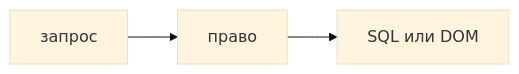
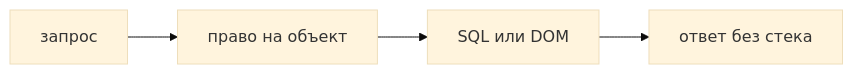
The diagram in nine-to-eighteen/ui/src/data/learn/security/sec07-secure-review.md (AlexanderNY/cursor_test), drawn with Mermaid (base theme) before and after one commit. The commit also changed other lines of this file and 40 other files, not shown here.

````diff
--- a/nine-to-eighteen/ui/src/data/learn/security/sec07-secure-review.md
+++ b/nine-to-eighteen/ui/src/data/learn/security/sec07-secure-review.md
@@ -56,5 +100,6 @@
 ```mermaid
 flowchart LR
-  In[запрос] --> Check[право]
+  In[запрос] --> Check[право на объект]
   Check --> Sink[SQL или DOM]
+  Sink --> Out[ответ без стека]
 ```
````
